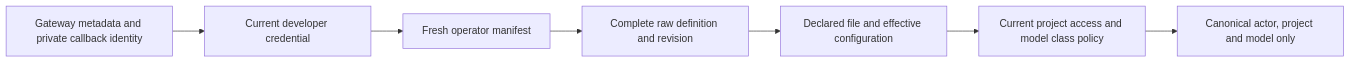
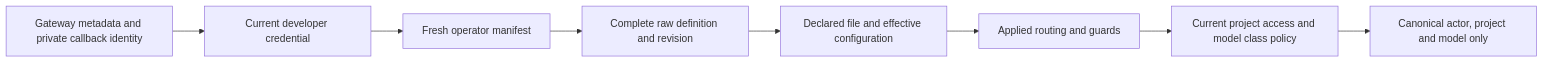
Before and after one commit to OsamaFelFel/keeplane: the diagram in tests/integration/installed-runtime-cases.md, drawn with Mermaid. The commit also changed other lines of this file and 6 other files, not shown here.

````diff
--- a/tests/integration/installed-runtime-cases.md
+++ b/tests/integration/installed-runtime-cases.md
@@ -7,9 +7,10 @@
 ```mermaid
 flowchart LR
   G[Gateway metadata and private callback identity] --> C[Current developer credential]
   C --> M[Fresh operator manifest]
   M --> D[Complete raw definition and revision]
   D --> W[Declared file and effective configuration]
-  W --> P[Current project access and model class policy]
+  W --> A[Applied routing and guards]
+  A --> P[Current project access and model class policy]
   P --> R[Canonical actor, project and model only]
 ```
````
